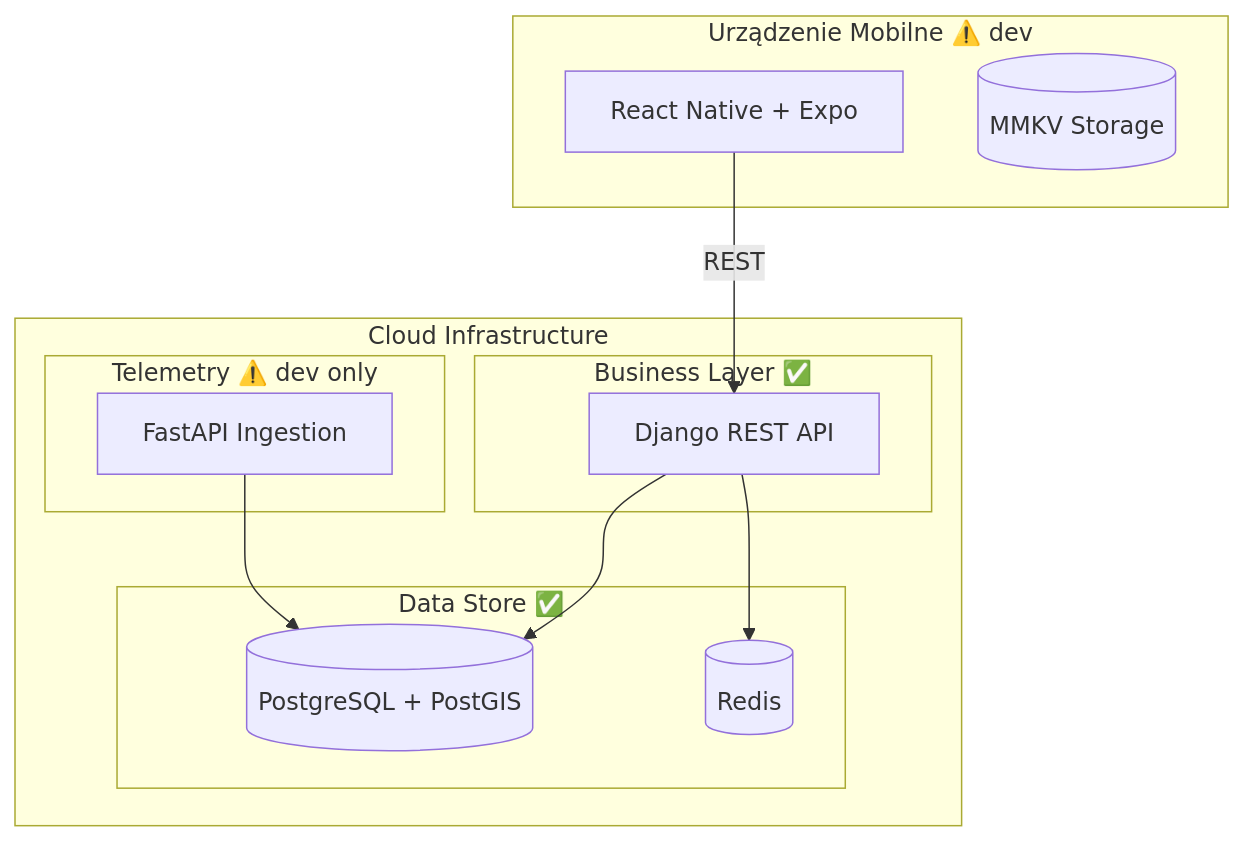
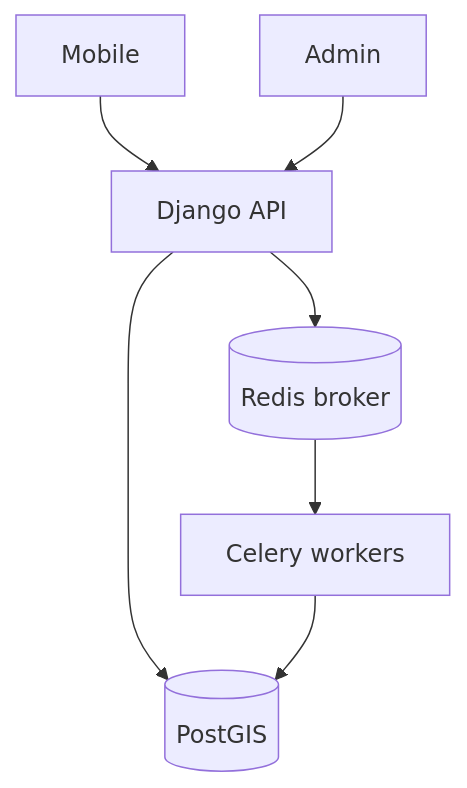
One commit to karnalooch/stunning-pancake changed the first of 2 diagrams in docs/diagrams/architecture_c4.md. Above: the diagram before and after it, drawn with Mermaid. The commit also changed other lines of this file and 3 other files, not shown here.

Commit message:
docs: replace stale architecture claims with source-based component guides

````diff
--- a/docs/diagrams/architecture_c4.md
+++ b/docs/diagrams/architecture_c4.md
@@ -43,27 +17,9 @@
 ```mermaid
-graph TB
-    subgraph "Urządzenie Mobilne ⚠️ dev"
-        App[React Native + Expo]
-        DB_Local[(MMKV Storage)]
-    end
-
-    subgraph "Cloud Infrastructure"
-        subgraph "Business Layer ✅"
-            Django[Django REST API]
-        end
-        
-        subgraph "Telemetry ⚠️ dev only"
-            FastAPI[FastAPI Ingestion]
-        end
-        
-        subgraph "Data Store ✅"
-            Postgres[(PostgreSQL + PostGIS)]
-            Redis[(Redis)]
-        end
-    end
-
-    App -->|REST| Django
-    Django --> Postgres
-    Django --> Redis
-    FastAPI --> Postgres
+flowchart TB
+  Mobile[Mobile] --> API[Django API]
+  Admin[Admin] --> API
+  API --> DB[(PostGIS)]
+  API --> Redis[(Redis broker)]
+  Redis --> Workers[Celery workers]
+  Workers --> DB
 ```
````
